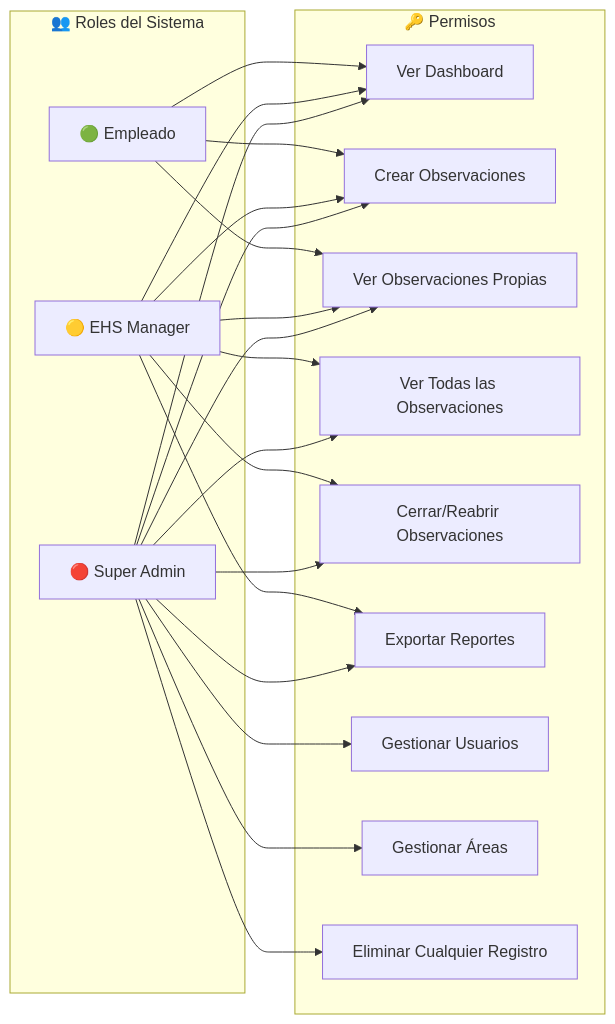
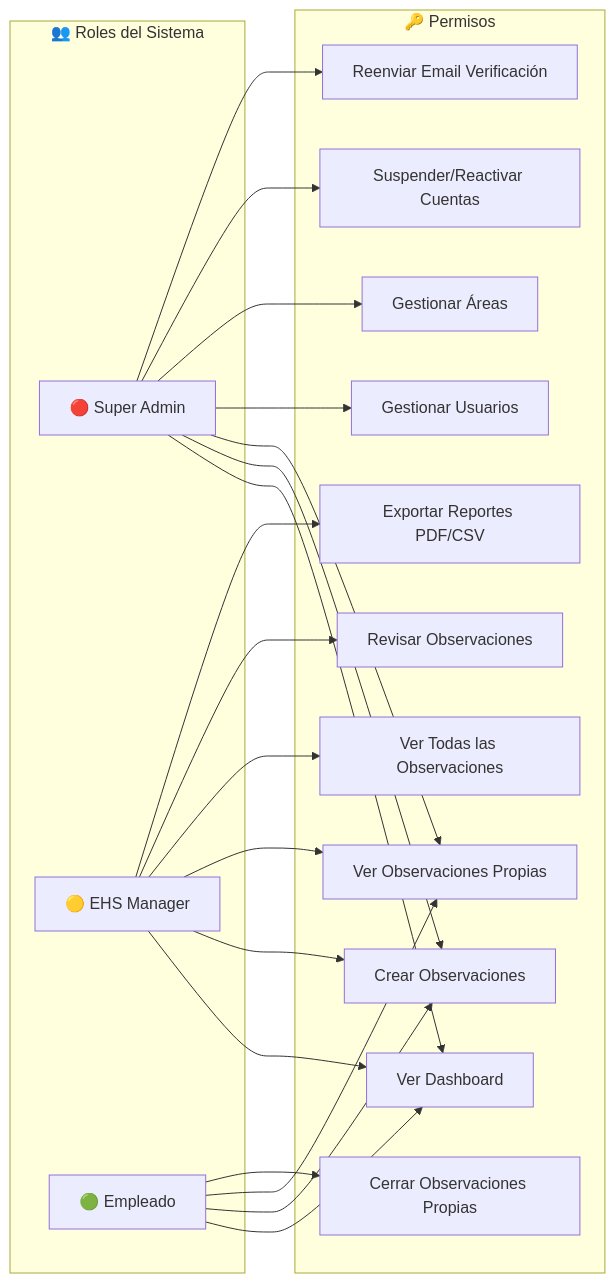
One commit to ErwinPlaza064/app-safety-observation changed the fifth of 9 diagrams in README.md. Above: the diagram before and after it, drawn with Mermaid. The commit also changed other lines of this file, not shown here.

Commit message:
feat: Enhance observation lifecycle flow with detailed review and notification sequences in README.md

````diff
--- a/README.md
+++ b/README.md
@@ -199,24 +228,26 @@
 ```mermaid
 flowchart LR
     subgraph Roles["👥 Roles del Sistema"]
         SA["🔴 Super Admin"]
         EHS["🟡 EHS Manager"]
         EMP["🟢 Empleado"]
     end
 
     subgraph Permisos["🔑 Permisos"]
         P1["Ver Dashboard"]
         P2["Crear Observaciones"]
         P3["Ver Observaciones Propias"]
         P4["Ver Todas las Observaciones"]
-        P5["Cerrar/Reabrir Observaciones"]
-        P6["Exportar Reportes"]
-        P7["Gestionar Usuarios"]
-        P8["Gestionar Áreas"]
-        P9["Eliminar Cualquier Registro"]
+        P5["Revisar Observaciones"]
+        P6["Cerrar Observaciones Propias"]
+        P7["Exportar Reportes PDF/CSV"]
+        P8["Gestionar Usuarios"]
+        P9["Gestionar Áreas"]
+        P10["Suspender/Reactivar Cuentas"]
+        P11["Reenviar Email Verificación"]
     end
 
-    SA --> P1 & P2 & P3 & P4 & P5 & P6 & P7 & P8 & P9
-    EHS --> P1 & P2 & P3 & P4 & P5 & P6
-    EMP --> P1 & P2 & P3
+    SA --> P1 & P2 & P3 & P8 & P9 & P10 & P11
+    EHS --> P1 & P2 & P3 & P4 & P5 & P7
+    EMP --> P1 & P2 & P3 & P6
 ```
````
